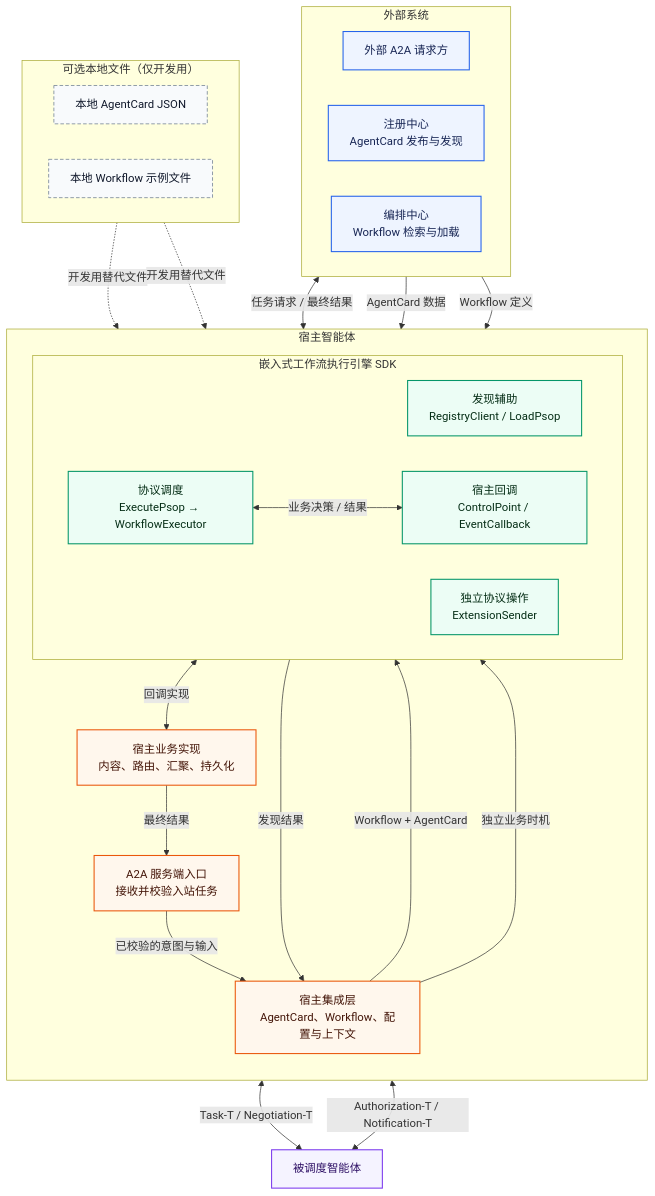
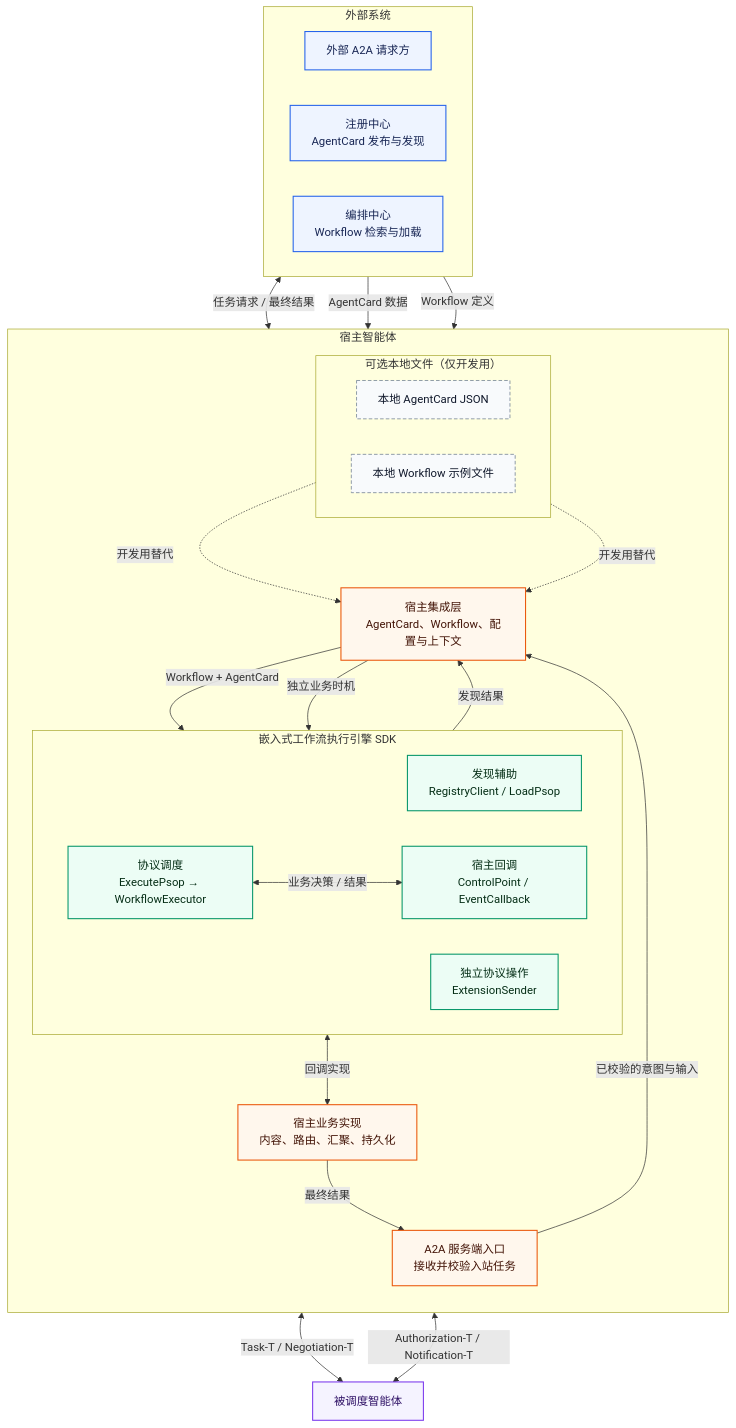
One commit to Zhoujie628/workflow-engine-sdk-java changed the first of 4 diagrams in docs/zh/DESIGN.md. Above: the diagram before and after it, drawn with Mermaid. The commit also changed 1 other file, not shown here.

Commit message:
docs: fold the local-files box into the host subgraph
Same layout change as the main baseline: the development-only local
files live inside the host-agent subgraph with the dashed local style.

````diff
--- a/docs/zh/DESIGN.md
+++ b/docs/zh/DESIGN.md
@@ -23,54 +23,54 @@
 ```mermaid
 flowchart TB
     classDef external fill: #EEF4FF, stroke: #2563EB, color: #172554, stroke-width: 1.5px
     classDef host fill: #FFF7ED, stroke: #EA580C, color: #431407, stroke-width: 1.5px
     classDef sdk fill: #ECFDF5, stroke: #059669, color: #052E16, stroke-width: 1.5px
     classDef local fill: #F8FAFC, stroke: #64748B, color: #0F172A, stroke-dasharray: 5 3
     classDef agent fill: #F5F3FF, stroke: #7C3AED, color: #2E1065, stroke-width: 1.5px
 
     subgraph CONTROL["外部系统"]
         direction LR
         CALLER["外部 A2A 请求方"]:::external
         REG["注册中心<br/>AgentCard 发布与发现"]:::external
         ORCH["编排中心<br/>Workflow 检索与加载"]:::external
     end
 
     subgraph HOST["宿主智能体"]
         direction TB
         ENTRY["A2A 服务端入口<br/>接收并校验入站任务"]:::host
         ADAPTER["宿主集成层<br/>AgentCard、Workflow、配置与上下文"]:::host
 
         subgraph ENGINE["嵌入式工作流执行引擎 SDK"]
             direction LR
             LOAD["发现辅助<br/>RegistryClient / LoadPsop"]:::sdk
             RUN["协议调度<br/>ExecutePsop → WorkflowExecutor"]:::sdk
             CALLBACK["宿主回调<br/>ControlPoint / EventCallback"]:::sdk
             EXT["独立协议操作<br/>ExtensionSender"]:::sdk
         end
 
         BIZ["宿主业务实现<br/>内容、路由、汇聚、持久化"]:::host
-    end
 
-    subgraph SAMPLE["可选本地文件（仅开发用）"]
-        direction LR
-        LOCALCARD["本地 AgentCard JSON"]:::local
-        LOCALPSOP["本地 Workflow 示例文件"]:::local
+        subgraph SAMPLE["可选本地文件（仅开发用）"]
+            direction LR
+            LOCALCARD["本地 AgentCard JSON"]:::local
+            LOCALPSOP["本地 Workflow 示例文件"]:::local
+        end
     end
 
     AGENTS["被调度智能体"]:::agent
 
     CALLER <-->|"任务请求 / 最终结果"| ENTRY
     ENTRY -->|"已校验的意图与输入"| ADAPTER
     REG -->|"AgentCard 数据"| LOAD
     ORCH -->|"Workflow 定义"| LOAD
-    LOCALCARD -.->|"开发用替代文件"| ADAPTER
-    LOCALPSOP -.->|"开发用替代文件"| ADAPTER
+    LOCALCARD -.->|"开发用替代"| ADAPTER
+    LOCALPSOP -.->|"开发用替代"| ADAPTER
     LOAD -->|"发现结果"| ADAPTER
     ADAPTER -->|"Workflow + AgentCard"| RUN
     RUN <-->|"业务决策 / 结果"| CALLBACK
     CALLBACK <-->|"回调实现"| BIZ
     ADAPTER -->|"独立业务时机"| EXT
     RUN <-->|"Task-T / Negotiation-T"| AGENTS
     EXT <-->|"Authorization-T / Notification-T"| AGENTS
     BIZ -->|"最终结果"| ENTRY
 ```
````
